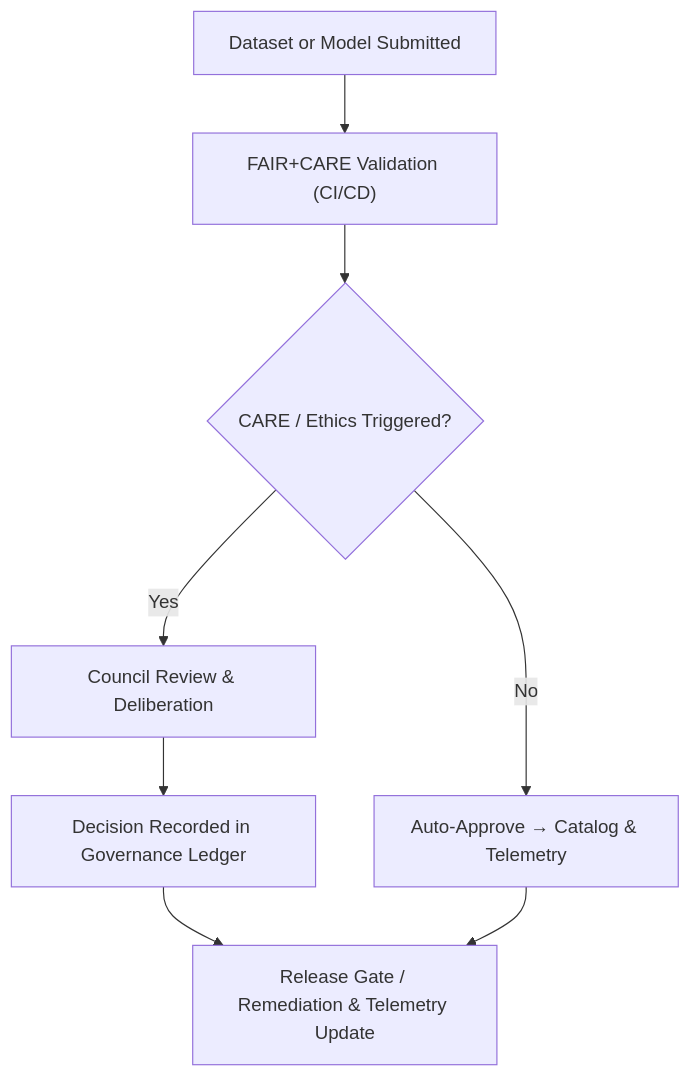
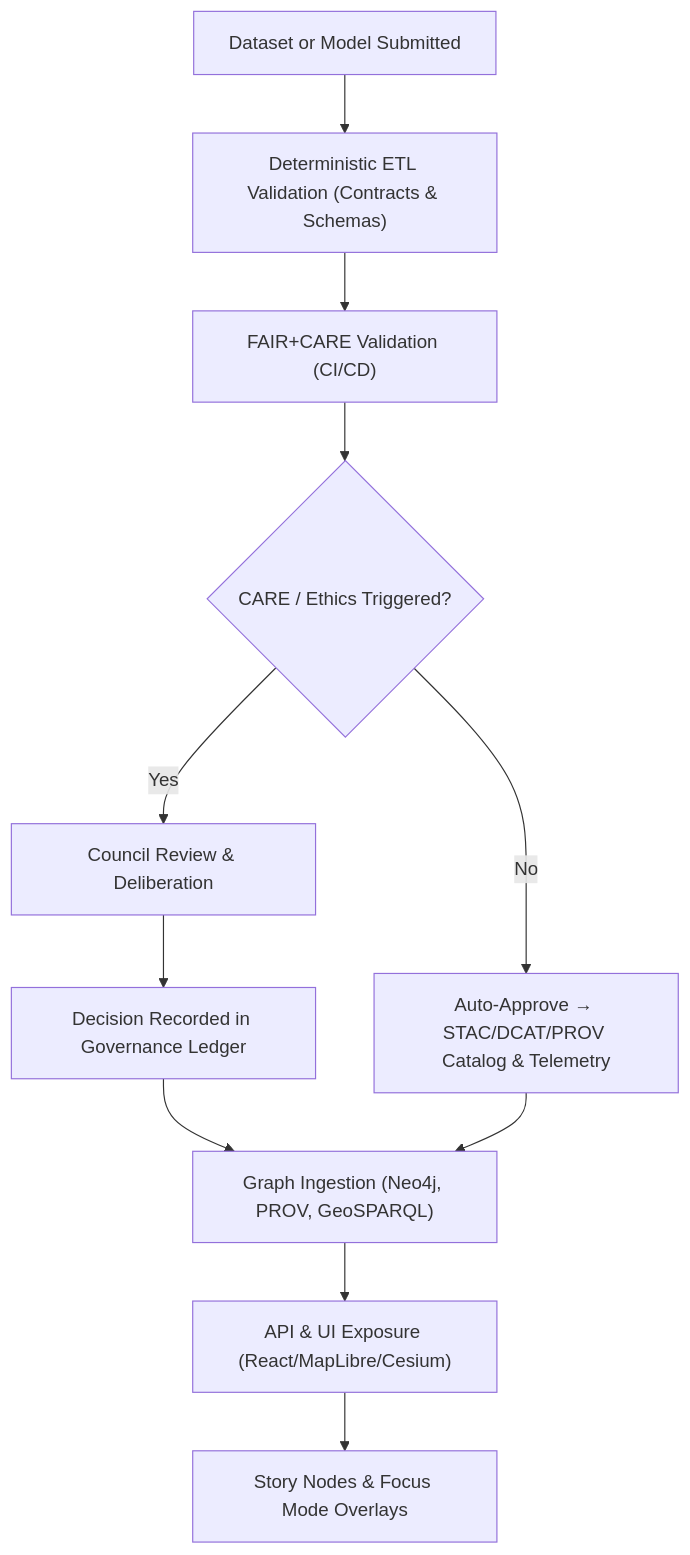
One commit to bartytime4life/Kansas-Frontier-Matrix changed the diagram in docs/standards/governance/ROOT-GOVERNANCE.md. Above: the diagram before and after it, drawn with Mermaid. The commit also changed other lines of this file, not shown here.

```diff
--- a/docs/standards/governance/ROOT-GOVERNANCE.md
+++ b/docs/standards/governance/ROOT-GOVERNANCE.md
@@ -326,10 +375,13 @@
 ~~~mermaid
 flowchart TD
-  A["Dataset or Model Submitted"] --> B["FAIR+CARE Validation (CI/CD)"]
-  B --> C{"CARE / Ethics Triggered?"}
-  C -->|No| D["Auto-Approve → Catalog & Telemetry"]
-  C -->|Yes| E["Council Review & Deliberation"]
-  E --> F["Decision Recorded in Governance Ledger"]
-  F --> G["Release Gate / Remediation & Telemetry Update"]
-  D --> G
+  A["Dataset or Model Submitted"] --> B["Deterministic ETL Validation (Contracts & Schemas)"]
+  B --> C["FAIR+CARE Validation (CI/CD)"]
+  C --> D{"CARE / Ethics Triggered?"}
+  D -->|No| E["Auto-Approve → STAC/DCAT/PROV Catalog & Telemetry"]
+  D -->|Yes| F["Council Review & Deliberation"]
+  F --> G["Decision Recorded in Governance Ledger"]
+  G --> H["Graph Ingestion (Neo4j, PROV, GeoSPARQL)"]
+  H --> I["API & UI Exposure (React/MapLibre/Cesium)"]
+  I --> J["Story Nodes & Focus Mode Overlays"]
+  E --> H
 ~~~
```
